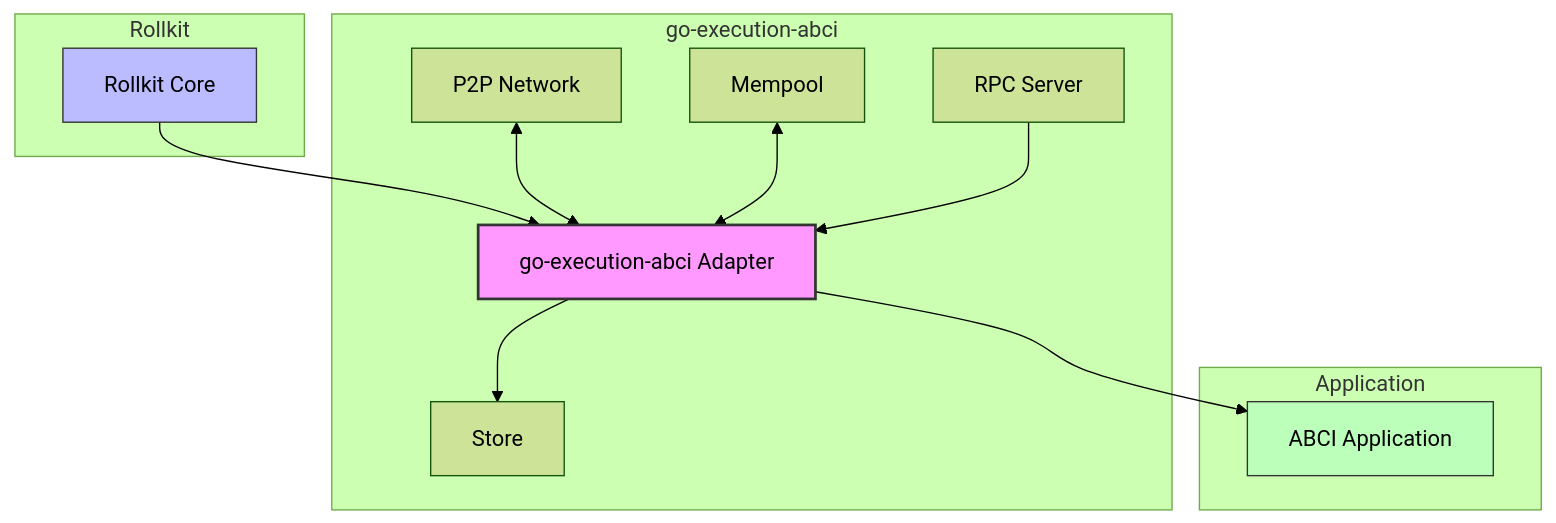
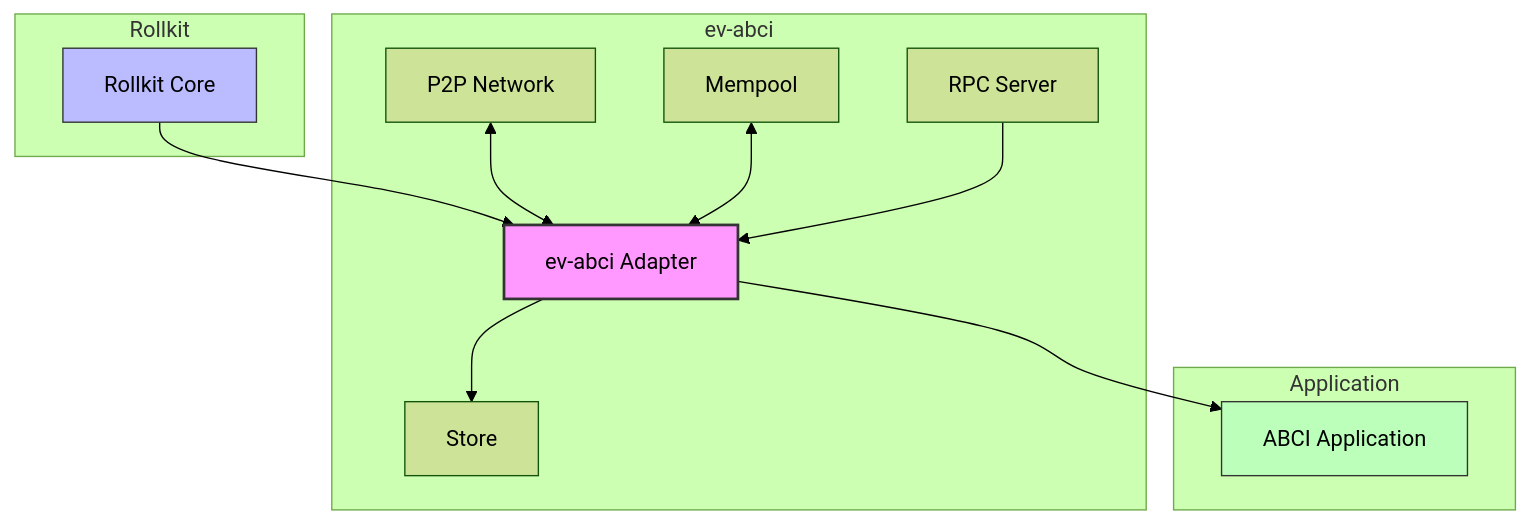
The first of 3 diagrams in README.md (rollkit/go-execution-abci), drawn with Mermaid (forest theme) before and after one commit. The commit also changed other lines of this file and 65 other files, not shown here.

````diff
--- a/README.md
+++ b/README.md
@@ -17,29 +17,29 @@
 ```mermaid
 graph TD
-    A[Rollkit Core] --> B[go-execution-abci Adapter]
+    A[Rollkit Core] --> B[ev-abci Adapter]
     B --> C[ABCI Application]
     D[P2P Network] <--> B
     E[Mempool] <--> B
     F[RPC Server] --> B
     B --> G[Store]
 
     subgraph "Rollkit"
     A
     end
 
-    subgraph "go-execution-abci"
+    subgraph "ev-abci"
     B
     D
     E
     F
     G
     end
 
     subgraph "Application"
     C
     end
 
     style B fill:#f9f,stroke:#333,stroke-width:2px
     style A fill:#bbf,stroke:#333,stroke-width:1px
     style C fill:#bfb,stroke:#333,stroke-width:1px
 ```
````
